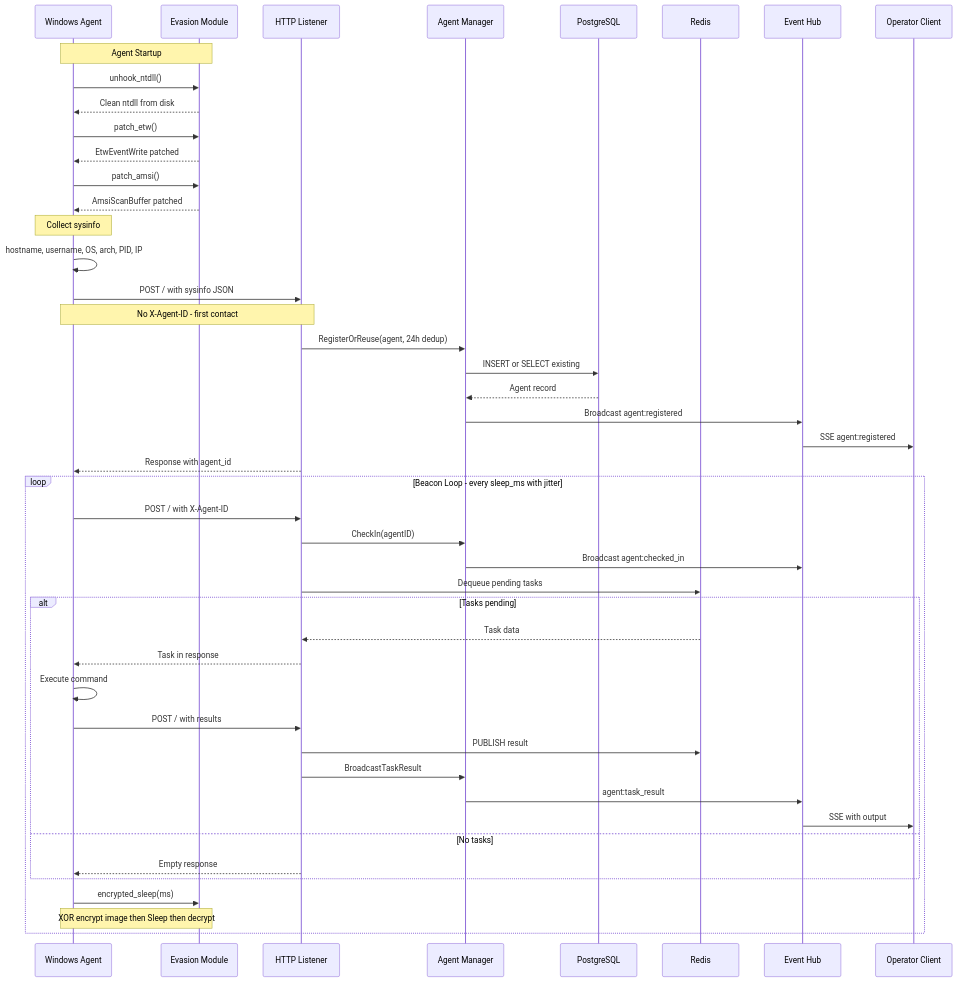
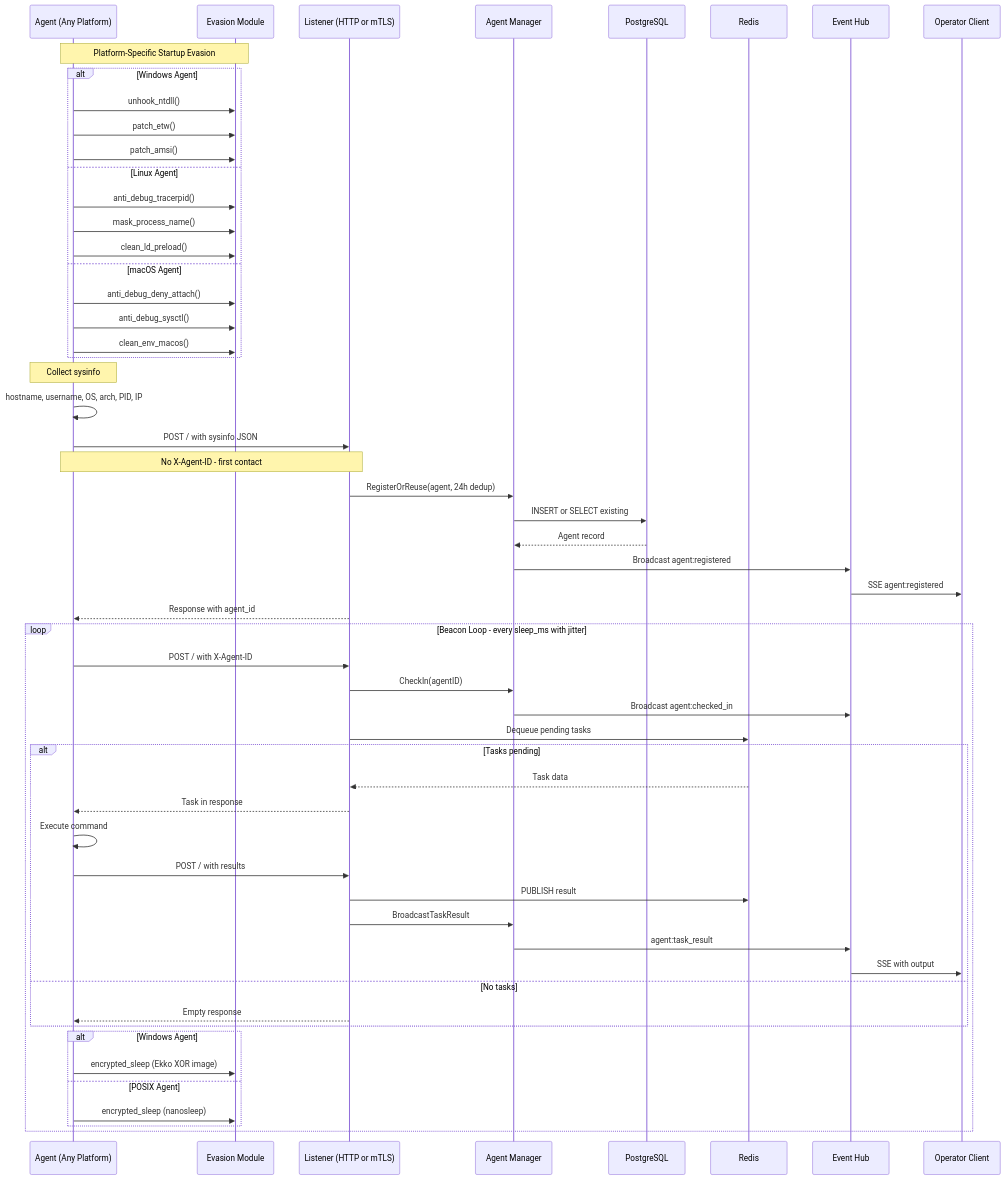
The fifth of 20 diagrams in ARCHITECTURE.md (hrdebraj/Apex), drawn with Mermaid before and after one commit. The commit also changed other lines of this file and 38 other files, not shown here.

First line of the commit message:
Add multi-platform agents, token manipulation, malleable profiles, mTLS, and UI enhancements

````diff
--- a/ARCHITECTURE.md
+++ b/ARCHITECTURE.md
@@ -163,52 +249,62 @@
 ```mermaid
 sequenceDiagram
-    participant AGT as Windows Agent
+    participant AGT as Agent (Any Platform)
     participant EVA as Evasion Module
-    participant LIS as HTTP Listener
+    participant LIS as Listener (HTTP or mTLS)
     participant MGR as Agent Manager
     participant PG as PostgreSQL
     participant RD as Redis
     participant EVT as Event Hub
     participant OP as Operator Client
 
-    Note over AGT,EVA: Agent Startup
-    AGT->>EVA: unhook_ntdll()
-    EVA-->>AGT: Clean ntdll from disk
-    AGT->>EVA: patch_etw()
-    EVA-->>AGT: EtwEventWrite patched
-    AGT->>EVA: patch_amsi()
-    EVA-->>AGT: AmsiScanBuffer patched
+    Note over AGT,EVA: Platform-Specific Startup Evasion
+    alt Windows Agent
+        AGT->>EVA: unhook_ntdll()
+        AGT->>EVA: patch_etw()
+        AGT->>EVA: patch_amsi()
+    else Linux Agent
+        AGT->>EVA: anti_debug_tracerpid()
+        AGT->>EVA: mask_process_name()
+        AGT->>EVA: clean_ld_preload()
+    else macOS Agent
+        AGT->>EVA: anti_debug_deny_attach()
+        AGT->>EVA: anti_debug_sysctl()
+        AGT->>EVA: clean_env_macos()
+    end
 
     Note over AGT: Collect sysinfo
     AGT->>AGT: hostname, username, OS, arch, PID, IP
 
     AGT->>LIS: POST / with sysinfo JSON
     Note over AGT,LIS: No X-Agent-ID - first contact
     LIS->>MGR: RegisterOrReuse(agent, 24h dedup)
     MGR->>PG: INSERT or SELECT existing
     PG-->>MGR: Agent record
     MGR->>EVT: Broadcast agent:registered
     EVT->>OP: SSE agent:registered
     LIS-->>AGT: Response with agent_id
 
     loop Beacon Loop - every sleep_ms with jitter
         AGT->>LIS: POST / with X-Agent-ID
         LIS->>MGR: CheckIn(agentID)
         MGR->>EVT: Broadcast agent:checked_in
         LIS->>RD: Dequeue pending tasks
         alt Tasks pending
             RD-->>LIS: Task data
             LIS-->>AGT: Task in response
             AGT->>AGT: Execute command
             AGT->>LIS: POST / with results
             LIS->>RD: PUBLISH result
             LIS->>MGR: BroadcastTaskResult
             MGR->>EVT: agent:task_result
             EVT->>OP: SSE with output
         else No tasks
             LIS-->>AGT: Empty response
         end
-        AGT->>EVA: encrypted_sleep(ms)
-        Note over AGT,EVA: XOR encrypt image then Sleep then decrypt
+        alt Windows Agent
+            AGT->>EVA: encrypted_sleep (Ekko XOR image)
+        else POSIX Agent
+            AGT->>EVA: encrypted_sleep (nanosleep)
+        end
     end
 ```
````
